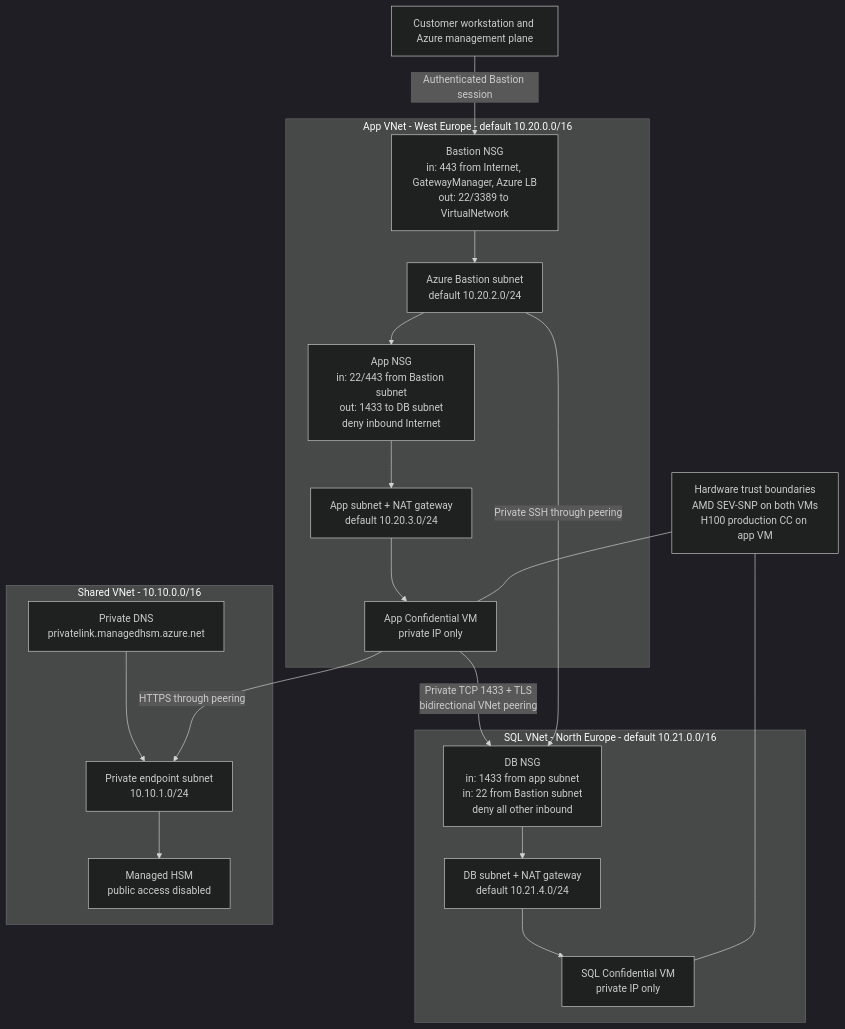
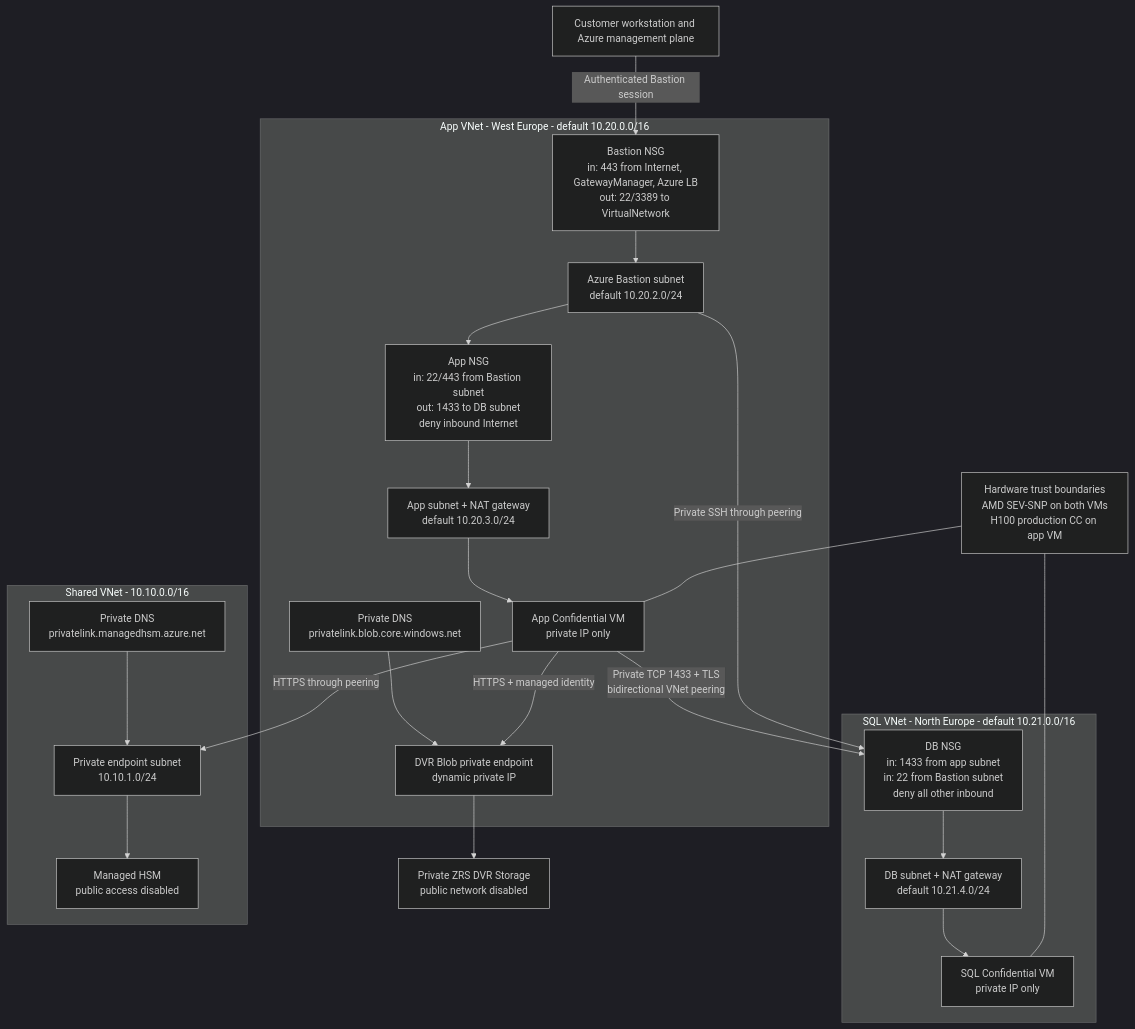
The fifth of 9 diagrams in sov-examples/citizen-registry-advanced/README.md (vinfnet/confidential-computing), drawn with Mermaid (dark theme) before and after one commit. The commit also changed other lines of this file and 3 other files, not shown here.

Commit message:
docs: document private DVR storage architecture

````diff
--- a/sov-examples/citizen-registry-advanced/README.md
+++ b/sov-examples/citizen-registry-advanced/README.md
@@ -515,38 +533,44 @@
 ```mermaid
 flowchart TB
   Internet[Customer workstation and Azure management plane]
 
   subgraph AppNetwork[App VNet - West Europe - default 10.20.0.0/16]
     BastionNsg[Bastion NSG<br/>in: 443 from Internet, GatewayManager, Azure LB<br/>out: 22/3389 to VirtualNetwork]
     Bastion3[Azure Bastion subnet<br/>default 10.20.2.0/24]
     AppNsg[App NSG<br/>in: 22/443 from Bastion subnet<br/>out: 1433 to DB subnet<br/>deny inbound Internet]
     AppSubnet3[App subnet + NAT gateway<br/>default 10.20.3.0/24]
     AppVm3[App Confidential VM<br/>private IP only]
+    BlobDns3[Private DNS<br/>privatelink.blob.core.windows.net]
+    BlobPe3[DVR Blob private endpoint<br/>dynamic private IP]
     BastionNsg --> Bastion3 --> AppNsg --> AppSubnet3 --> AppVm3
+    BlobDns3 --> BlobPe3
+    AppVm3 -->|HTTPS + managed identity| BlobPe3
   end
+
+  BlobPe3 --> Dvr3[Private ZRS DVR Storage<br/>public network disabled]
 
   Internet -->|Authenticated Bastion session| BastionNsg
 
   subgraph SqlNetwork[SQL VNet - North Europe - default 10.21.0.0/16]
     DbNsg[DB NSG<br/>in: 1433 from app subnet<br/>in: 22 from Bastion subnet<br/>deny all other inbound]
     DbSubnet3[DB subnet + NAT gateway<br/>default 10.21.4.0/24]
     SqlVm3[SQL Confidential VM<br/>private IP only]
     DbNsg --> DbSubnet3 --> SqlVm3
   end
 
   AppVm3 -->|Private TCP 1433 + TLS<br/>bidirectional VNet peering| DbNsg
   Bastion3 -->|Private SSH through peering| DbNsg
 
   subgraph SharedNetwork[Shared VNet - 10.10.0.0/16]
     PrivateDns[Private DNS<br/>privatelink.managedhsm.azure.net]
     HsmPe3[Private endpoint subnet<br/>10.10.1.0/24]
     ManagedHsm3[Managed HSM<br/>public access disabled]
     PrivateDns --> HsmPe3 --> ManagedHsm3
   end
 
   AppVm3 -->|HTTPS through peering| HsmPe3
 
   Tee[Hardware trust boundaries<br/>AMD SEV-SNP on both VMs<br/>H100 production CC on app VM]
   Tee --- AppVm3
   Tee --- SqlVm3
 ```
````
